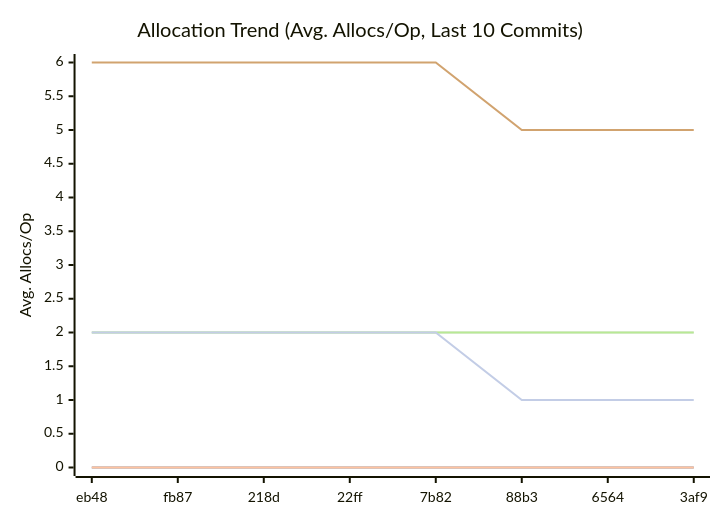
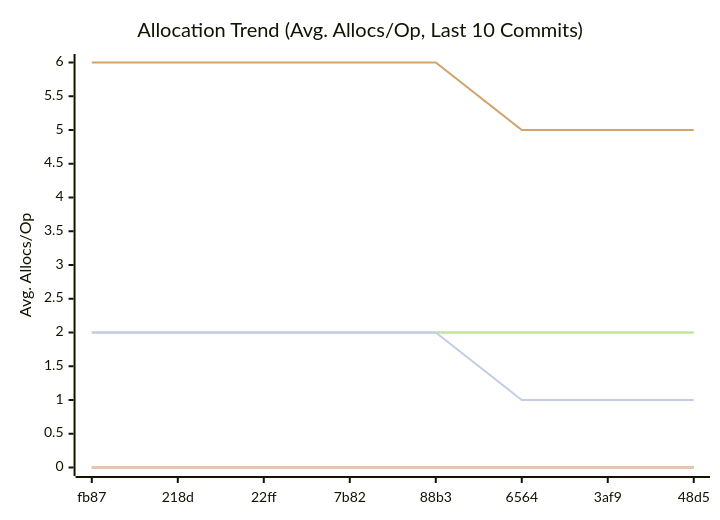
One commit to alsotoes/momo changed the third of 3 diagrams in doc/README.md. Above: the diagram before and after it, drawn with Mermaid. The commit also changed other lines of this file and 1 other file, not shown here.

````diff
--- a/doc/README.md
+++ b/doc/README.md
@@ -326,14 +326,14 @@
 ```mermaid
 xychart-beta
     title "Allocation Trend (Avg. Allocs/Op, Last 10 Commits)"
     x-axis "Commit"
     y-axis "Avg. Allocs/Op"
-    x-axis [eb48,fb87,218d,22ff,7b82,88b3,6564,3af9]
+    x-axis [fb87,218d,22ff,7b82,88b3,6564,3af9,48d5]
     line "CheckMetricsAndSwap" [0,0,0,0,0,0,0,0,0,0]
     line "IndexDirectTracking" [0,0,0,0,0,0,0,0,0,0]
     line "IndexSearch" [0,0,0,0,0,0,0,0,0,0]
     line "LoadGlobalConfig" [2,2,2,2,2,2,2,2,2,2]
     line "PadString" [2,2,2,2,2,2,2,2,2,2]
     line "ParseReplicationOrder_NoPrealloc" [6,6,6,6,6,5,5,5,5,5]
     line "ParseReplicationOrder_Prealloc" [2,2,2,2,2,1,1,1,1,1]
 ```
````
